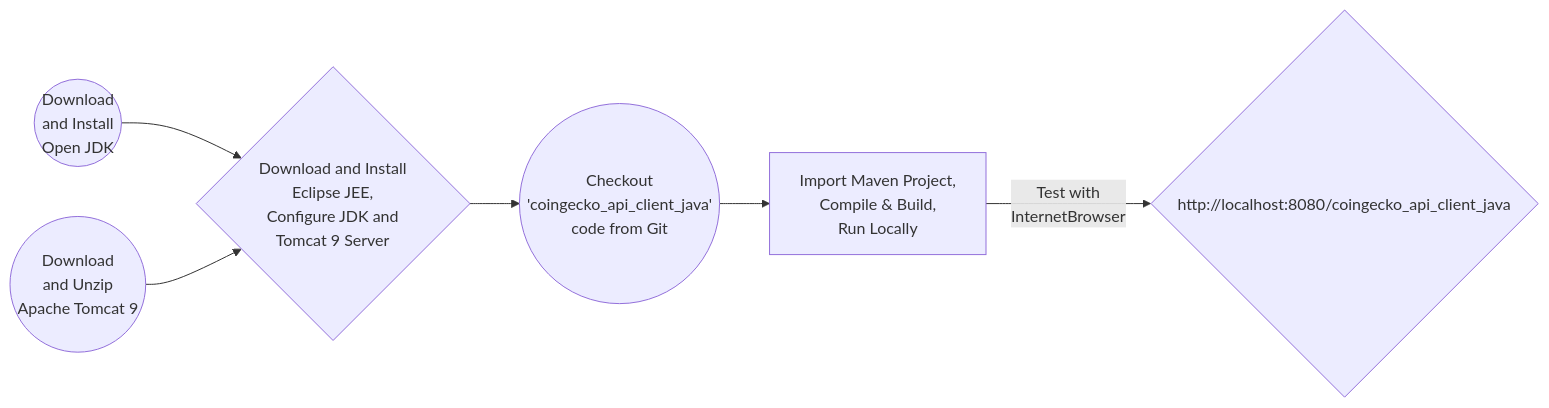
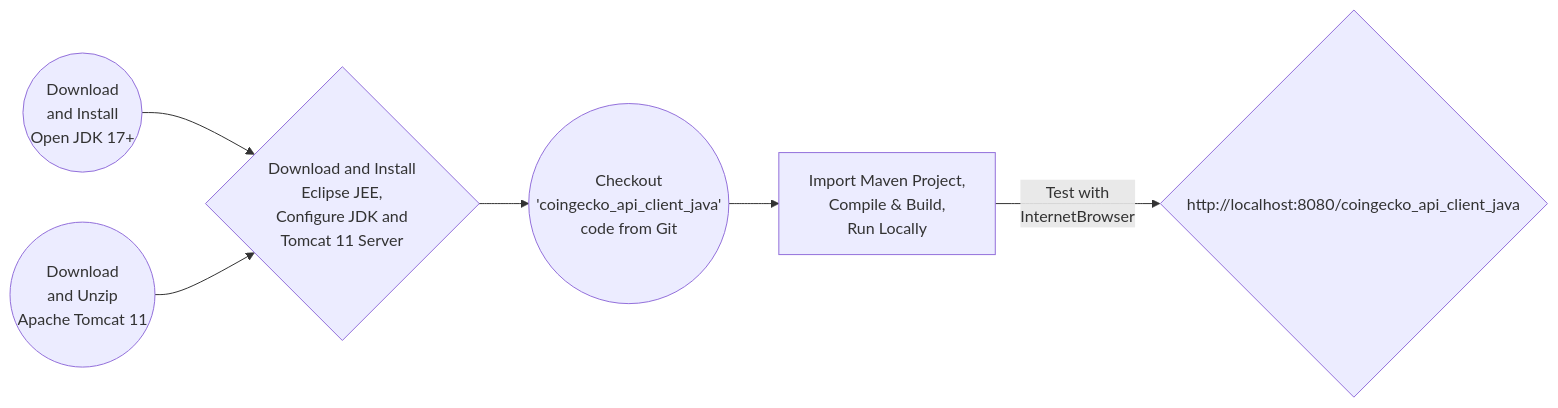
The diagram in README.md (lalumastan/coingecko_api_client_java), drawn with Mermaid before and after one commit. The commit also changed other lines of this file and 15 other files, not shown here.

````diff
--- a/README.md
+++ b/README.md
@@ -12,17 +12,17 @@
 ```mermaid
 
 graph LR
 
-A((Download<br/>and Install<br/>Open JDK)) --> C
+A((Download<br/>and Install<br/>Open JDK 17+)) --> C
 
-B((Download<br/>and Unzip<br/>Apache Tomcat 9)) --> C
+B((Download<br/>and Unzip<br/>Apache Tomcat 11)) --> C
 
-C{Download and Install<br/>Eclipse JEE,<br/>Configure JDK and<br/>Tomcat 9 Server} --> D
+C{Download and Install<br/>Eclipse JEE,<br/>Configure JDK and<br/>Tomcat 11 Server} --> D
 
 D((Checkout<br/>'coingecko_api_client_java'<br/>code from Git)) --> E
 
 E[Import Maven Project,<br/>Compile & Build,<br/>Run Locally]
 
 E -- Test with<br/>InternetBrowser --> H{http://localhost:8080/coingecko_api_client_java}
 
 ```
````
